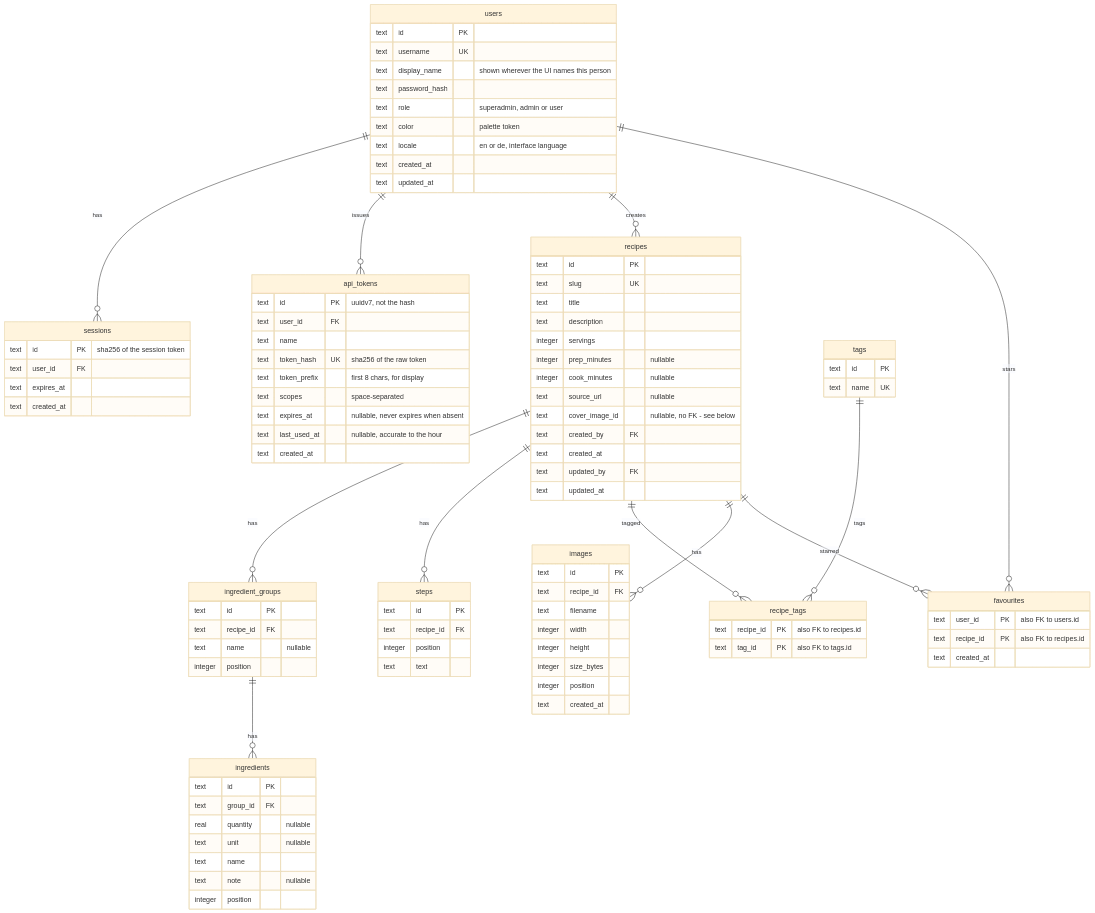
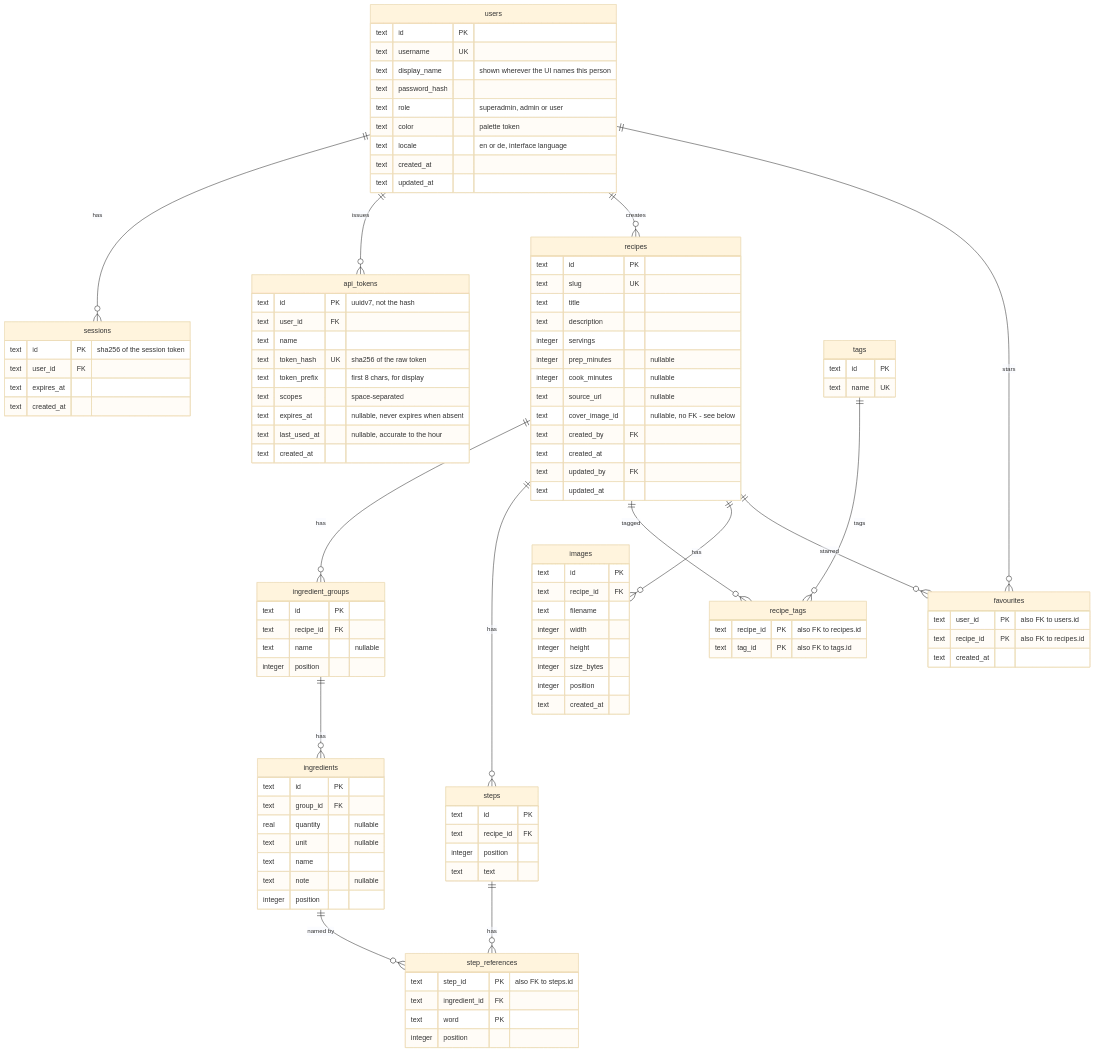
Before and after one commit to s-frei/rezepte: the diagram in docs/memory/content/architecture/data-model.mdx, drawn with Mermaid (base theme). The commit also changed other lines of this file and 65 other files, not shown here.

First line of the commit message:
feat: link ingredients from a recipe's preparation steps

```diff
--- a/docs/memory/content/architecture/data-model.mdx
+++ b/docs/memory/content/architecture/data-model.mdx
@@ -11,6 +11,8 @@
   recipes ||--o{ ingredient_groups : has
   ingredient_groups ||--o{ ingredients : has
   recipes ||--o{ steps : has
+  steps ||--o{ step_references : has
+  ingredients ||--o{ step_references : "named by"
   recipes ||--o{ recipe_tags : tagged
   tags ||--o{ recipe_tags : tags
   recipes ||--o{ images : has
@@ -80,6 +82,12 @@
     integer position
     text text
   }
+  step_references {
+    text step_id PK "also FK to steps.id"
+    text ingredient_id FK
+    text word PK
+    integer position
+  }
   tags {
     text id PK
     text name UK
```
